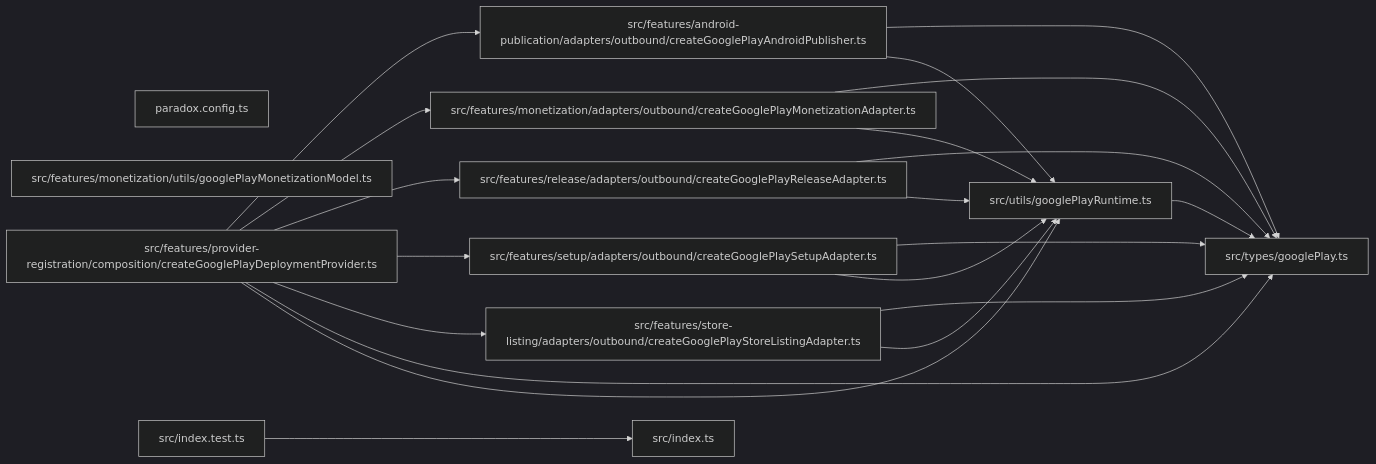
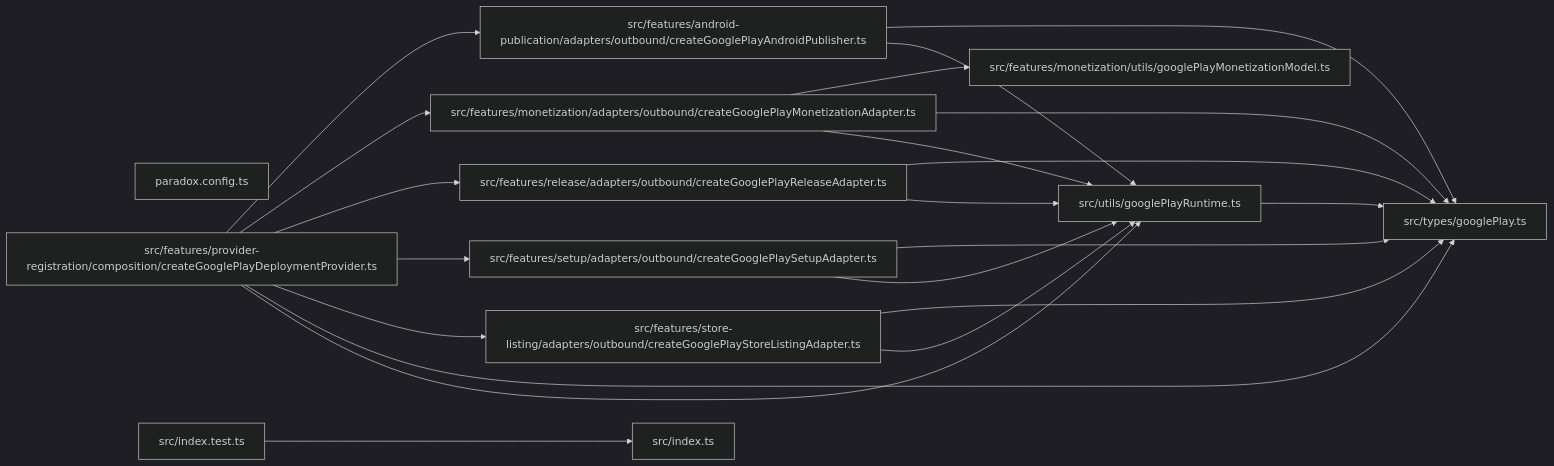
One commit to ankhorage/deploy-provider-google-play changed the diagram in paradox/diagrams/module-relationships.mmd. Above: the diagram before and after it, drawn with Mermaid (dark theme). The commit also changed 4 other files, not shown here.

Commit message:
chore: prepare Google Play provider [prepared]

```diff
--- a/paradox/diagrams/module-relationships.mmd
+++ b/paradox/diagrams/module-relationships.mmd
@@ -1,32 +1,33 @@
 graph LR
   module_paradox_config_ts["paradox.config.ts"]
   module_src_features_android_publication_adapters_outbound_createGooglePlayAndroidPublisher_ts["src/features/android-publication/adapters/outbound/createGooglePlayAndroidPublisher.ts"]
   module_src_features_monetization_adapters_outbound_createGooglePlayMonetizationAdapter_ts["src/features/monetization/adapters/outbound/createGooglePlayMonetizationAdapter.ts"]
   module_src_features_monetization_utils_googlePlayMonetizationModel_ts["src/features/monetization/utils/googlePlayMonetizationModel.ts"]
   module_src_features_provider_registration_composition_createGooglePlayDeploymentProvider_ts["src/features/provider-registration/composition/createGooglePlayDeploymentProvider.ts"]
   module_src_features_release_adapters_outbound_createGooglePlayReleaseAdapter_ts["src/features/release/adapters/outbound/createGooglePlayReleaseAdapter.ts"]
   module_src_features_setup_adapters_outbound_createGooglePlaySetupAdapter_ts["src/features/setup/adapters/outbound/createGooglePlaySetupAdapter.ts"]
   module_src_features_store_listing_adapters_outbound_createGooglePlayStoreListingAdapter_ts["src/features/store-listing/adapters/outbound/createGooglePlayStoreListingAdapter.ts"]
   module_src_index_test_ts["src/index.test.ts"]
   module_src_index_ts["src/index.ts"]
   module_src_types_googlePlay_ts["src/types/googlePlay.ts"]
   module_src_utils_googlePlayRuntime_ts["src/utils/googlePlayRuntime.ts"]
   module_src_features_android_publication_adapters_outbound_createGooglePlayAndroidPublisher_ts --> module_src_types_googlePlay_ts
   module_src_features_android_publication_adapters_outbound_createGooglePlayAndroidPublisher_ts --> module_src_utils_googlePlayRuntime_ts
+  module_src_features_monetization_adapters_outbound_createGooglePlayMonetizationAdapter_ts --> module_src_features_monetization_utils_googlePlayMonetizationModel_ts
   module_src_features_monetization_adapters_outbound_createGooglePlayMonetizationAdapter_ts --> module_src_types_googlePlay_ts
   module_src_features_monetization_adapters_outbound_createGooglePlayMonetizationAdapter_ts --> module_src_utils_googlePlayRuntime_ts
   module_src_features_provider_registration_composition_createGooglePlayDeploymentProvider_ts --> module_src_features_android_publication_adapters_outbound_createGooglePlayAndroidPublisher_ts
   module_src_features_provider_registration_composition_createGooglePlayDeploymentProvider_ts --> module_src_features_monetization_adapters_outbound_createGooglePlayMonetizationAdapter_ts
   module_src_features_provider_registration_composition_createGooglePlayDeploymentProvider_ts --> module_src_features_release_adapters_outbound_createGooglePlayReleaseAdapter_ts
   module_src_features_provider_registration_composition_createGooglePlayDeploymentProvider_ts --> module_src_features_setup_adapters_outbound_createGooglePlaySetupAdapter_ts
   module_src_features_provider_registration_composition_createGooglePlayDeploymentProvider_ts --> module_src_features_store_listing_adapters_outbound_createGooglePlayStoreListingAdapter_ts
   module_src_features_provider_registration_composition_createGooglePlayDeploymentProvider_ts --> module_src_types_googlePlay_ts
   module_src_features_provider_registration_composition_createGooglePlayDeploymentProvider_ts --> module_src_utils_googlePlayRuntime_ts
   module_src_features_release_adapters_outbound_createGooglePlayReleaseAdapter_ts --> module_src_types_googlePlay_ts
   module_src_features_release_adapters_outbound_createGooglePlayReleaseAdapter_ts --> module_src_utils_googlePlayRuntime_ts
   module_src_features_setup_adapters_outbound_createGooglePlaySetupAdapter_ts --> module_src_types_googlePlay_ts
   module_src_features_setup_adapters_outbound_createGooglePlaySetupAdapter_ts --> module_src_utils_googlePlayRuntime_ts
   module_src_features_store_listing_adapters_outbound_createGooglePlayStoreListingAdapter_ts --> module_src_types_googlePlay_ts
   module_src_features_store_listing_adapters_outbound_createGooglePlayStoreListingAdapter_ts --> module_src_utils_googlePlayRuntime_ts
   module_src_index_test_ts --> module_src_index_ts
   module_src_utils_googlePlayRuntime_ts --> module_src_types_googlePlay_ts
```
